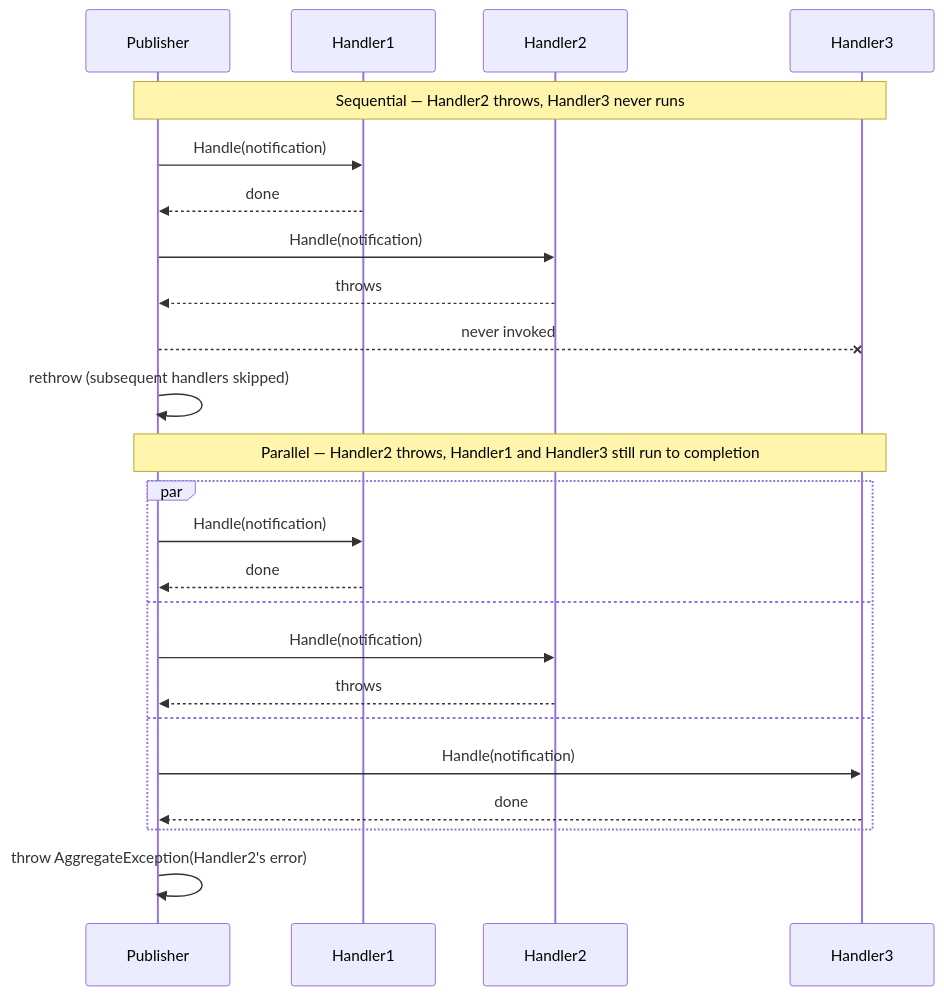
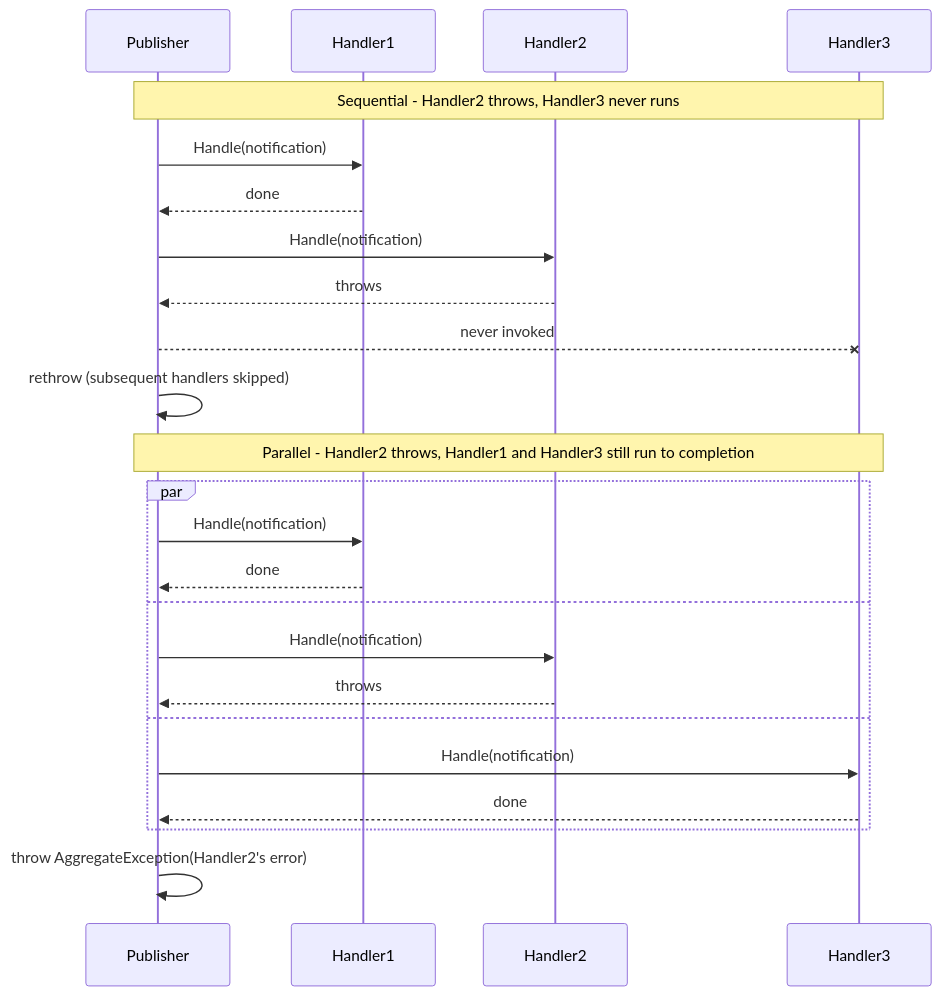
The diagram in documentation/notifications-and-fan-out.md (rheone/interlocutor), drawn with Mermaid before and after one commit. The commit also changed other lines of this file and 284 other files, not shown here.

````diff
--- a/documentation/notifications-and-fan-out.md
+++ b/documentation/notifications-and-fan-out.md
@@ -178,28 +178,28 @@
 ```mermaid
 sequenceDiagram
     participant Publisher
     participant Handler1
     participant Handler2
     participant Handler3
 
-    Note over Publisher,Handler3: Sequential — Handler2 throws, Handler3 never runs
+    Note over Publisher,Handler3: Sequential - Handler2 throws, Handler3 never runs
     Publisher->>Handler1: Handle(notification)
     Handler1-->>Publisher: done
     Publisher->>Handler2: Handle(notification)
     Handler2-->>Publisher: throws
     Publisher--xHandler3: never invoked
     Publisher->>Publisher: rethrow (subsequent handlers skipped)
 
-    Note over Publisher,Handler3: Parallel — Handler2 throws, Handler1 and Handler3 still run to completion
+    Note over Publisher,Handler3: Parallel - Handler2 throws, Handler1 and Handler3 still run to completion
     par
         Publisher->>Handler1: Handle(notification)
         Handler1-->>Publisher: done
     and
         Publisher->>Handler2: Handle(notification)
         Handler2-->>Publisher: throws
     and
         Publisher->>Handler3: Handle(notification)
         Handler3-->>Publisher: done
     end
     Publisher->>Publisher: throw AggregateException(Handler2's error)
 ```
````
